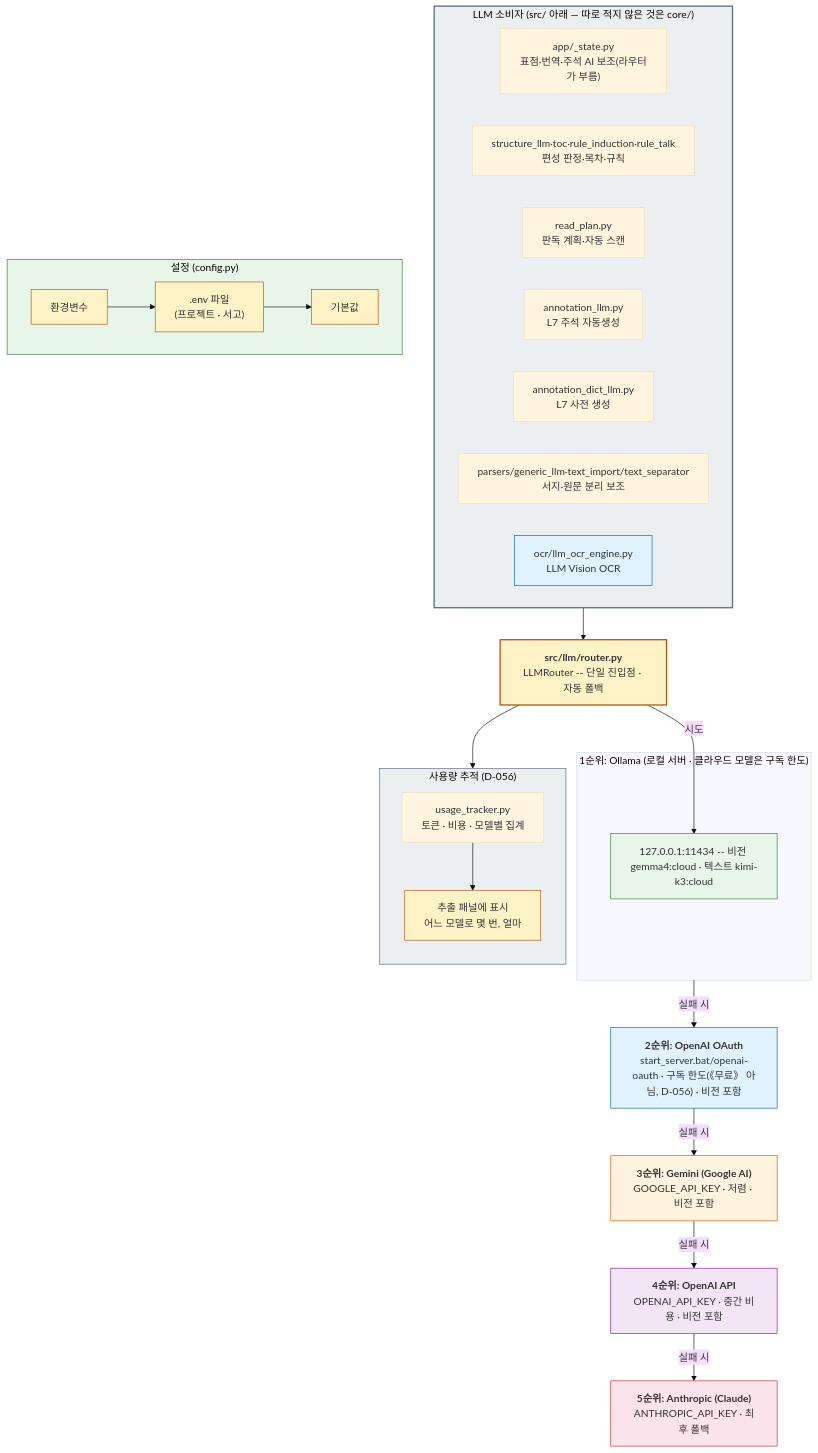
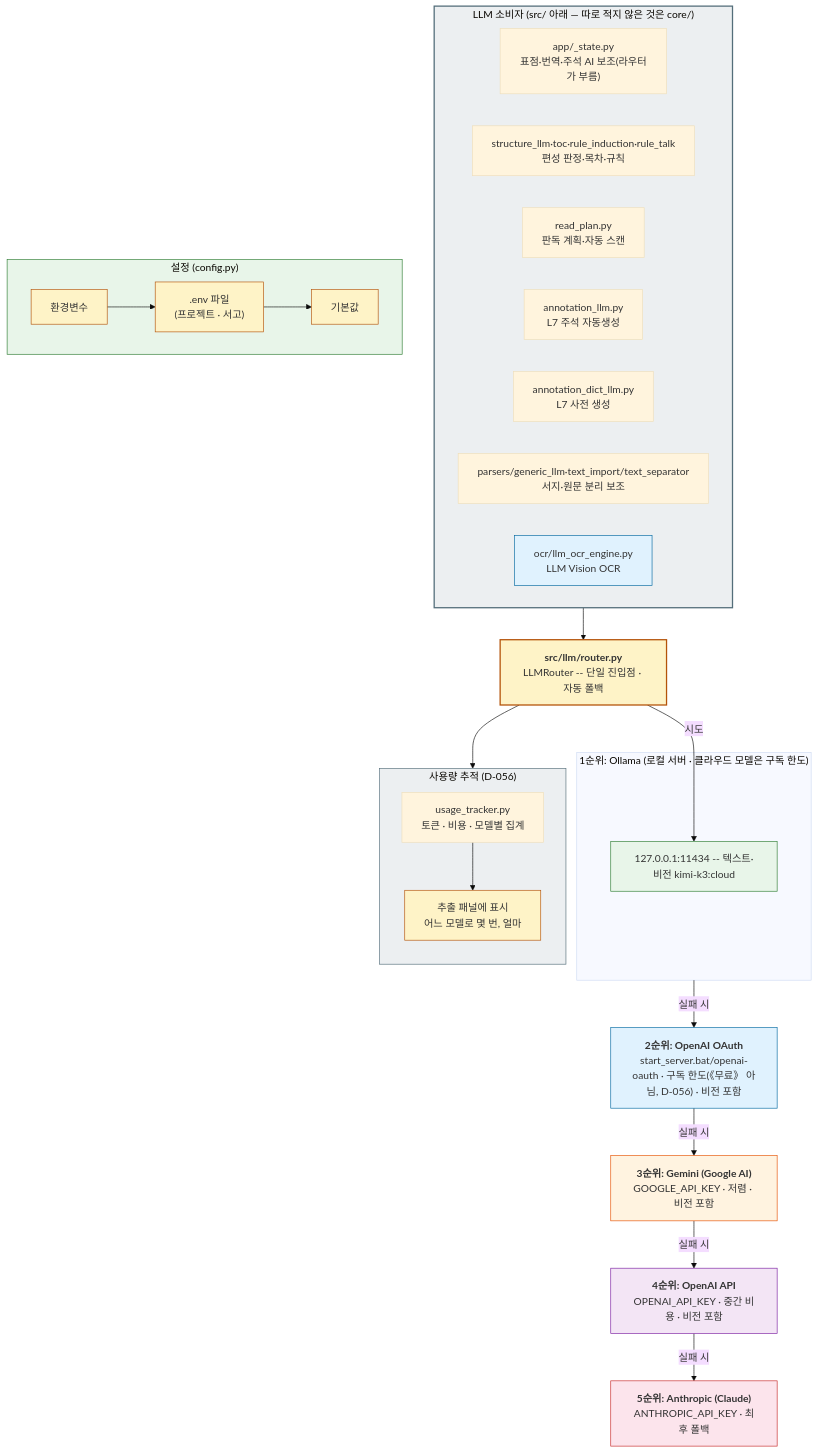
The fourth of 14 diagrams in docs/architecture-diagrams.md (hw725/classical-text-browser), drawn with Mermaid (base theme) before and after one commit. The commit also changed other lines of this file and 22 other files, not shown here.

First line of the commit message:
fix: Ollama 이미지 기본도 kimi-k3:cloud, 글 기본이 없으면 glm-5.2 → glm-5.3로 대신(D-143)

````diff
--- a/docs/architecture-diagrams.md
+++ b/docs/architecture-diagrams.md
@@ -332,63 +332,63 @@
 ```mermaid
 flowchart TB
     ENTRY["<b>src/llm/router.py</b><br/>LLMRouter -- 단일 진입점 · 자동 폴백"]
 
     ENTRY -->|"시도"| TIER1
 
     subgraph TIER1_GROUP["1순위: Ollama (로컬 서버 · 클라우드 모델은 구독 한도)"]
-        TIER1["127.0.0.1:11434 -- 비전 gemma4:cloud · 텍스트 kimi-k3:cloud"]
+        TIER1["127.0.0.1:11434 -- 텍스트·비전 kimi-k3:cloud"]
     end
 
     TIER1_GROUP -->|"실패 시"| TIER2
     TIER2["<b>2순위: OpenAI OAuth</b><br/>start_server.bat/openai-oauth · 구독 한도(《무료》 아님, D-056) · 비전 포함"]
     TIER2 -->|"실패 시"| TIER3
     TIER3["<b>3순위: Gemini (Google AI)</b><br/>GOOGLE_API_KEY · 저렴 · 비전 포함"]
     TIER3 -->|"실패 시"| TIER4
     TIER4["<b>4순위: OpenAI API</b><br/>OPENAI_API_KEY · 중간 비용 · 비전 포함"]
     TIER4 -->|"실패 시"| TIER5
     TIER5["<b>5순위: Anthropic (Claude)</b><br/>ANTHROPIC_API_KEY · 최후 폴백"]
 
     subgraph CONSUMERS["LLM 소비자 (src/ 아래 — 따로 적지 않은 것은 core/)"]
         direction LR
         C1["app/_state.py<br/>표점·번역·주석 AI 보조(라우터가 부름)"]
         C2["structure_llm·toc·rule_induction·rule_talk<br/>편성 판정·목차·규칙"]
         C3["read_plan.py<br/>판독 계획·자동 스캔"]
         C4["annotation_llm.py<br/>L7 주석 자동생성"]
         C5["annotation_dict_llm.py<br/>L7 사전 생성"]
         C6["parsers/generic_llm·text_import/text_separator<br/>서지·원문 분리 보조"]
         C7["ocr/llm_ocr_engine.py<br/>LLM Vision OCR"]
     end
 
     CONSUMERS --> ENTRY
 
     subgraph CONFIG["설정 (config.py)"]
         CF1["환경변수"]
         CF2[".env 파일<br/>(프로젝트 · 서고)"]
         CF3["기본값"]
         CF1 --> CF2 --> CF3
     end
 
     subgraph USAGE["사용량 추적 (D-056)"]
         direction TB
         UT["usage_tracker.py<br/>토큰 · 비용 · 모델별 집계"]
         UT2["추출 패널에 표시<br/>어느 모델로 몇 번, 얼마"]
         UT --> UT2
     end
 
     ENTRY --> USAGE
 
     style UT2 fill:#fef3c7,stroke:#b45309
     style C7 fill:#e0f2fe,stroke:#0369a1
     style ENTRY fill:#fef3c7,stroke:#b45309,stroke-width:2px
     style TIER1 fill:#e8f5e9,stroke:#2e7d32
     style TIER2 fill:#e0f2fe,stroke:#0369a1
     style TIER3 fill:#fff3e0,stroke:#e65100
     style TIER4 fill:#f3e5f5,stroke:#7b1fa2
     style TIER5 fill:#fce4ec,stroke:#c62828
     style CONSUMERS fill:#eceff1,stroke:#546e7a,stroke-width:2px
     style CONFIG fill:#e8f5e9,stroke:#2e7d32
     style CF1 fill:#fef3c7,stroke:#b45309
     style CF2 fill:#fef3c7,stroke:#b45309
     style CF3 fill:#fef3c7,stroke:#b45309
     style USAGE fill:#eceff1,stroke:#546e7a
 ```
````
